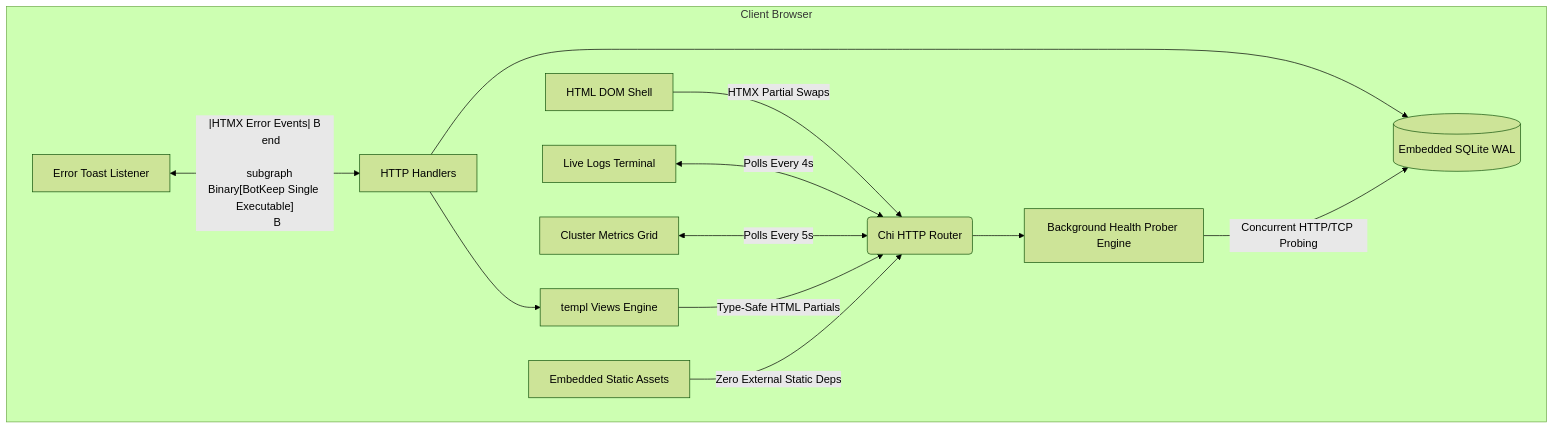
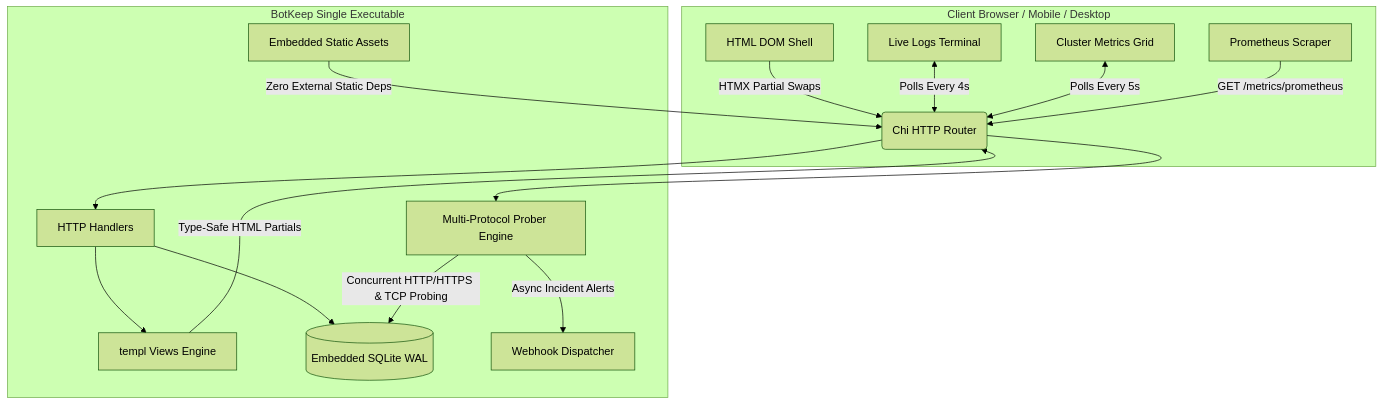
One commit to sky-ruler/botkeep changed the diagram in README.md. Above: the diagram before and after it, drawn with Mermaid (forest theme). The commit also changed other lines of this file and 22 other files, not shown here.

Commit message:
feat: enterprise multi-protocol prober, SSL audit, Prometheus scraper, and responsive mobile UI

````diff
--- a/README.md
+++ b/README.md
@@ -88,19 +93,20 @@
 ```mermaid
 flowchart TD
-    subgraph Browser[Client Browser]
+    subgraph Browser[Client Browser / Mobile / Desktop]
         A[HTML DOM Shell] -->|HTMX Partial Swaps| B(Chi HTTP Router)
         L[Live Logs Terminal] <-->|Polls Every 4s| B
         M[Cluster Metrics Grid] <-->|Polls Every 5s| B
-        E[Error Toast Listener] <--|HTMX Error Events| B
+        P[Prometheus Scraper] -->|GET /metrics/prometheus| B
     end
 
     subgraph Binary[BotKeep Single Executable]
         B --> C[HTTP Handlers]
-        B --> MON[Background Health Prober Engine]
+        B --> MON[Multi-Protocol Prober Engine]
         C --> D[templ Views Engine]
         C --> S[(Embedded SQLite WAL)]
-        MON -->|Concurrent HTTP/TCP Probing| S
+        MON -->|Concurrent HTTP/HTTPS & TCP Probing| S
+        MON -->|Async Incident Alerts| W[Webhook Dispatcher]
         D -->|Type-Safe HTML Partials| B
         FS[Embedded Static Assets] -->|Zero External Static Deps| B
     end
 ```
````
